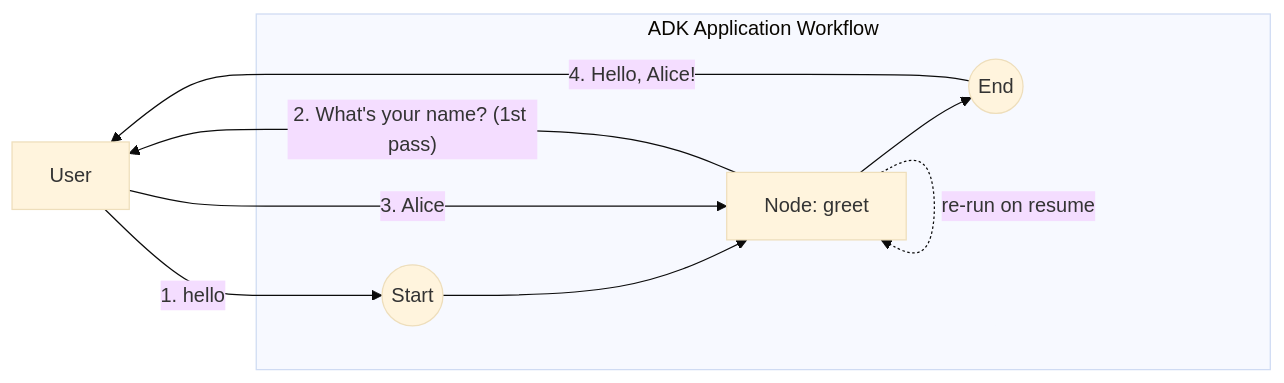
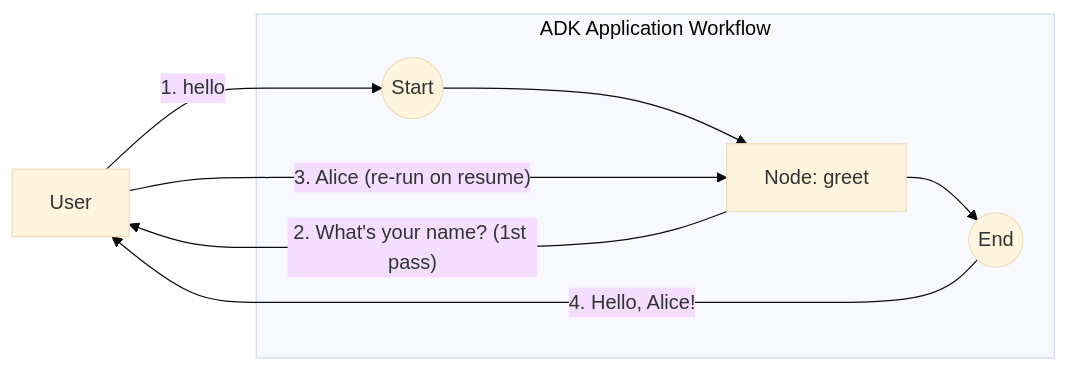
One commit to google/adk-go changed the diagram in examples/workflow/hitl_rerun/README.md. Above: the diagram before and after it, drawn with Mermaid (base theme). The commit also changed other lines of this file and 8 other files, not shown here.

First line of the commit message:
docs(examples/workflow): number diagram edges to show flow order (review feedback)

````diff
--- a/examples/workflow/hitl_rerun/README.md
+++ b/examples/workflow/hitl_rerun/README.md
@@ -19,13 +19,12 @@
 ```mermaid
 graph LR
     User[User]
     subgraph "ADK Application Workflow"
         Start((Start)) --> G[Node: greet]
-        G -.->|"re-run on resume"| G
         G --> End((End))
     end
     User -- "1. hello" --> Start
     G -- "2. What's your name? (1st pass)" --> User
-    User -- "3. Alice" --> G
+    User -- "3. Alice (re-run on resume)" --> G
     End -- "4. Hello, Alice!" --> User
 ```
````
